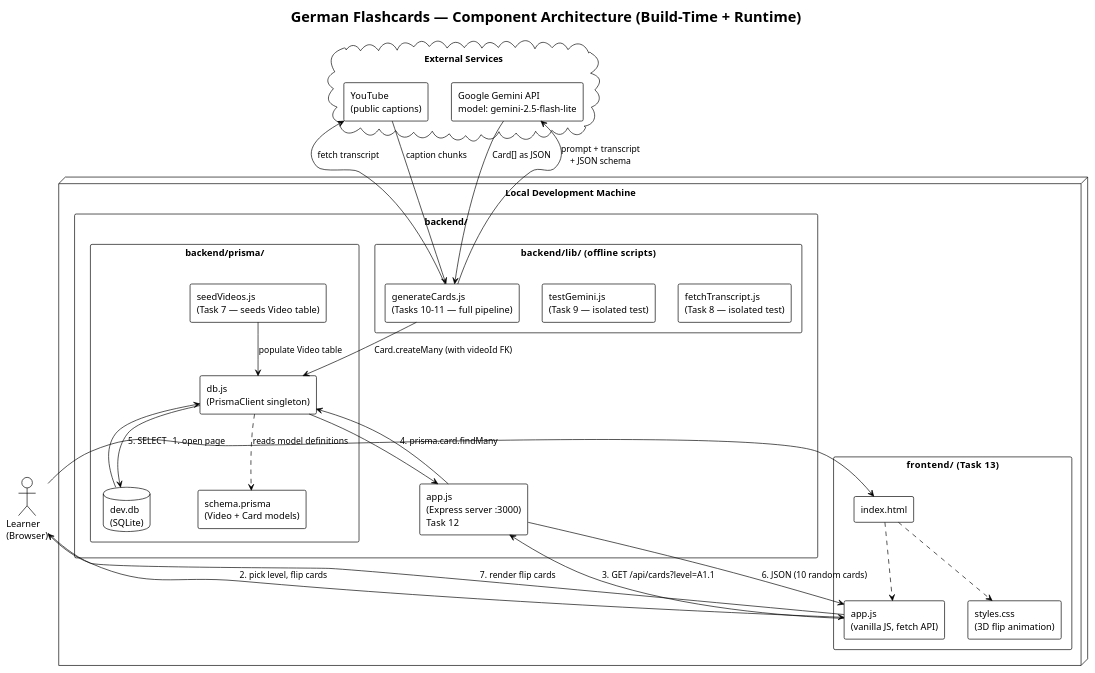
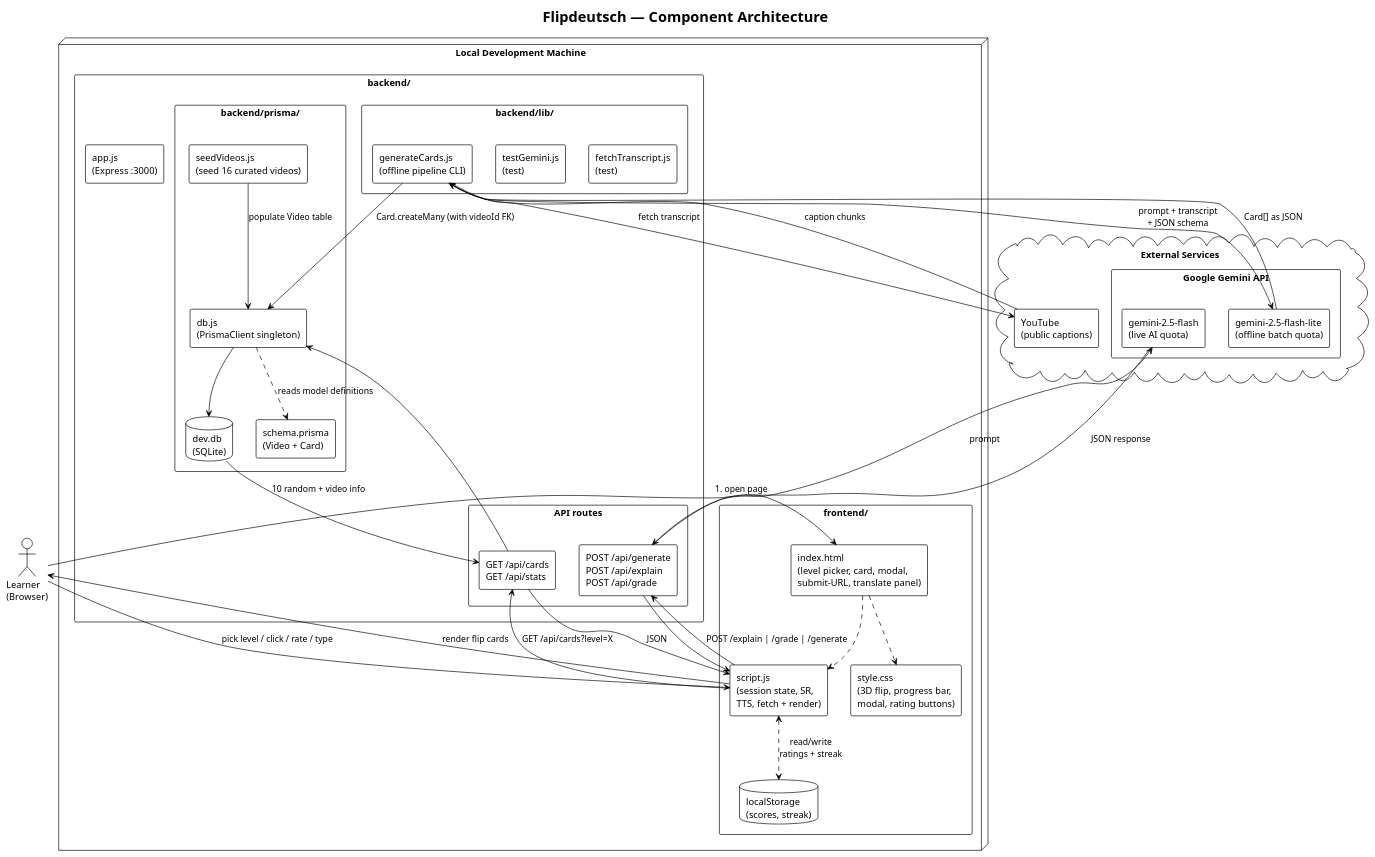
The first of 5 diagrams in docs/architecture.puml (poojasha-tech/Flipdeutsch), drawn with PlantUML before and after one commit. The commit also changed other lines of this file and 3 other files, not shown here.

First line of the commit message:
docs: engineering notes, polished README, updated architecture diagrams

```diff
--- a/docs/architecture.puml
+++ b/docs/architecture.puml
@@ -12,64 +8,80 @@
 @startuml 01_Architecture
 !theme plain
-title German Flashcards — Component Architecture (Build-Time + Runtime)
+title Flipdeutsch — Component Architecture
 
 skinparam componentStyle rectangle
 skinparam packageStyle rectangle
 skinparam shadowing false
 
 actor "Learner\n(Browser)" as user
 
 cloud "External Services" {
   component "YouTube\n(public captions)" as YT
-  component "Google Gemini API\nmodel: gemini-2.5-flash-lite" as Gemini
+  package "Google Gemini API" {
+    component "gemini-2.5-flash-lite\n(offline batch quota)" as GeminiLite
+    component "gemini-2.5-flash\n(live AI quota)" as GeminiFlash
+  }
 }
 
 node "Local Development Machine" {
 
-  package "frontend/   (Task 13)" {
-    component "index.html" as html
-    component "styles.css\n(3D flip animation)" as css
-    component "app.js\n(vanilla JS, fetch API)" as feJS
+  package "frontend/" {
+    component "index.html\n(level picker, card, modal,\nsubmit-URL, translate panel)" as html
+    component "style.css\n(3D flip, progress bar,\nmodal, rating buttons)" as css
+    component "script.js\n(session state, SR,\nTTS, fetch + render)" as feJS
+    database "localStorage\n(scores, streak)" as ls
   }
 
   package "backend/" {
-    component "app.js\n(Express server :3000)\nTask 12" as express
+    component "app.js\n(Express :3000)" as express
 
-    package "backend/lib/   (offline scripts)" {
-      component "fetchTranscript.js\n(Task 8 — isolated test)" as ft
-      component "testGemini.js\n(Task 9 — isolated test)" as tg
-      component "generateCards.js\n(Tasks 10–11 — full pipeline)" as gen
+    package "API routes" {
+      component "GET /api/cards\nGET /api/stats" as readRoutes
+      component "POST /api/generate\nPOST /api/explain\nPOST /api/grade" as liveRoutes
+    }
+
+    package "backend/lib/" {
+      component "fetchTranscript.js\n(test)" as ft
+      component "testGemini.js\n(test)" as tg
+      component "generateCards.js\n(offline pipeline CLI)" as gen
     }
 
     package "backend/prisma/" {
-      component "schema.prisma\n(Video + Card models)" as schema
+      component "schema.prisma\n(Video + Card)" as schema
       component "db.js\n(PrismaClient singleton)" as dbjs
-      component "seedVideos.js\n(Task 7 — seeds Video table)" as seed
+      component "seedVideos.js\n(seed 16 curated videos)" as seed
       database "dev.db\n(SQLite)" as db
     }
   }
 }
 
 ' === Runtime flow (user) ===
 user --> html : 1. open page
 html ..> css
 html ..> feJS
-user --> feJS : 2. pick level, flip cards
-feJS --> express : 3. GET /api/cards?level=A1.1
-express --> dbjs : 4. prisma.card.findMany
-dbjs --> db : 5. SELECT
-db --> dbjs
-dbjs --> express
-express --> feJS : 6. JSON (10 random cards)
-feJS --> user : 7. render flip cards
+feJS <..> ls : read/write\nratings + streak
+
+user --> feJS : pick level / click / rate / type
+feJS --> readRoutes : GET /api/cards?level=X
+readRoutes --> dbjs
+dbjs --> db
+db --> readRoutes : 10 random + video info
+readRoutes --> feJS : JSON
+feJS --> user : render flip cards
+
+' === Live AI flow ===
+feJS --> liveRoutes : POST /explain | /grade | /generate
+liveRoutes --> GeminiFlash : prompt
+GeminiFlash --> liveRoutes : JSON response
+liveRoutes --> feJS
 
 ' === Build-time / offline flow (developer) ===
 seed --> dbjs : populate Video table
 gen --> YT : fetch transcript
 YT --> gen : caption chunks
-gen --> Gemini : prompt + transcript\n+ JSON schema
-Gemini --> gen : Card[] as JSON
+gen --> GeminiLite : prompt + transcript\n+ JSON schema
+GeminiLite --> gen : Card[] as JSON
 gen --> dbjs : Card.createMany (with videoId FK)
 
 dbjs ..> schema : reads model definitions
 @enduml
```
